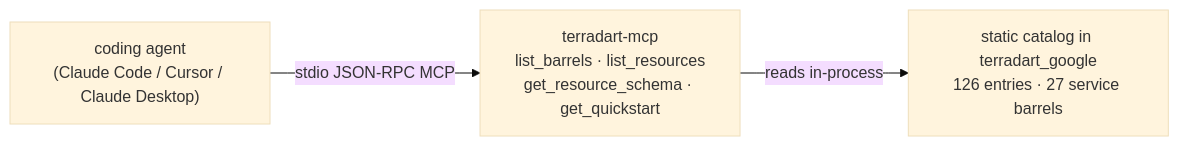
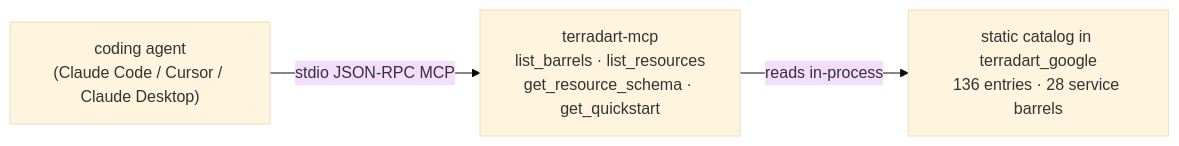
Before and after one commit to nozomi-koborinai/terradart: the diagram in website/src/content/docs/docs/agent/index.md, drawn with Mermaid (base theme). The commit also changed other lines of this file and 77 other files, not shown here.

````diff
--- a/website/src/content/docs/docs/agent/index.md
+++ b/website/src/content/docs/docs/agent/index.md
@@ -12,8 +12,8 @@
 ```mermaid
 graph LR
   agent["coding agent<br/>(Claude Code / Cursor / Claude Desktop)"]
   mcp["terradart-mcp<br/>list_barrels · list_resources<br/>get_resource_schema · get_quickstart"]
-  catalog["static catalog in terradart_google<br/>126 entries · 27 service barrels"]
+  catalog["static catalog in terradart_google<br/>136 entries · 28 service barrels"]
   agent -->|stdio JSON-RPC MCP| mcp
   mcp -->|reads in-process| catalog
 ```
````
